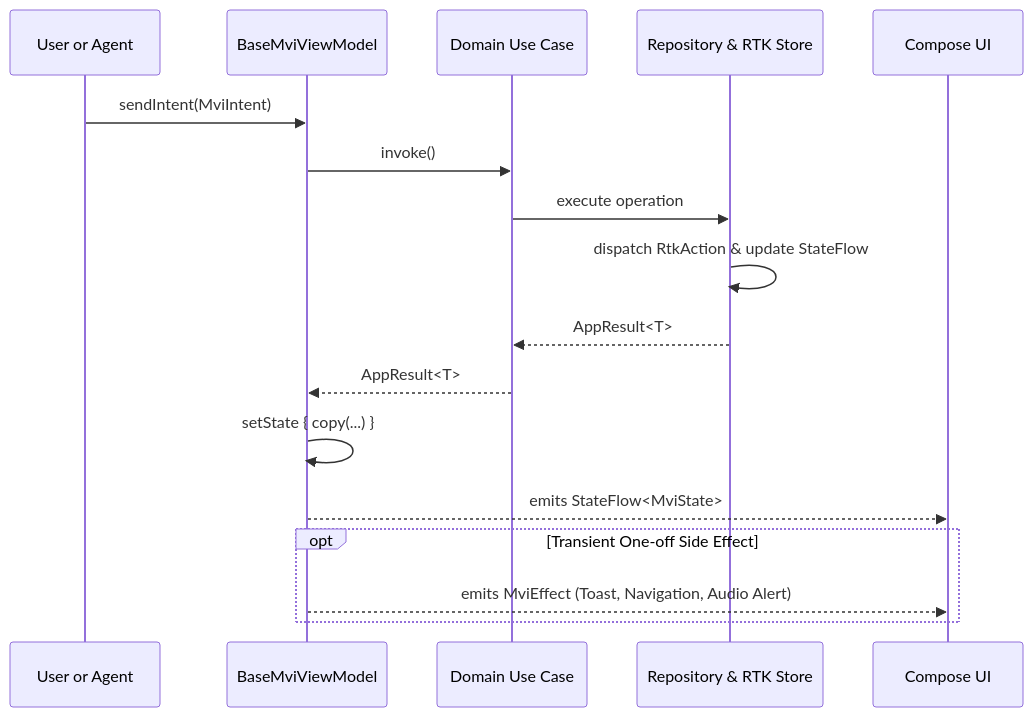
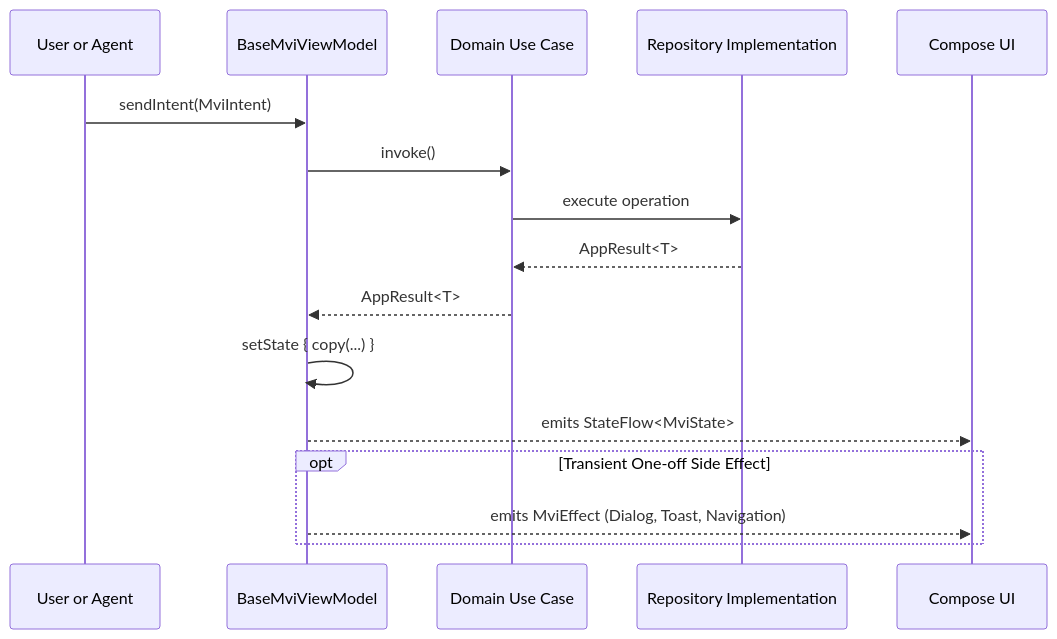
Before and after one commit to miladhashemzadeh/TTSAIController: the second of 2 diagrams in README.md, drawn with Mermaid. The commit also changed other lines of this file and 61 other files, not shown here.

Commit message:
feat: implement clean architecture, MVI with state hoisting, touch automation, STT AI stubs, and 100% test coverage

````diff
--- a/README.md
+++ b/README.md
@@ -71,20 +70,19 @@
 ```mermaid
 sequenceDiagram
-    participant UserOrAgent as User or Agent
+    participant User as User or Agent
     participant ViewModel as BaseMviViewModel
     participant UseCase as Domain Use Case
-    participant Repository as Repository & RTK Store
+    participant Repository as Repository Implementation
     participant UI as Compose UI
 
-    UserOrAgent->>ViewModel: sendIntent(MviIntent)
+    User->>ViewModel: sendIntent(MviIntent)
     ViewModel->>UseCase: invoke()
     UseCase->>Repository: execute operation
-    Repository->>Repository: dispatch RtkAction & update StateFlow
     Repository-->>UseCase: AppResult<T>
     UseCase-->>ViewModel: AppResult<T>
     ViewModel->>ViewModel: setState { copy(...) }
     ViewModel-->>UI: emits StateFlow<MviState>
     opt Transient One-off Side Effect
-        ViewModel-->>UI: emits MviEffect (Toast, Navigation, Audio Alert)
+        ViewModel-->>UI: emits MviEffect (Dialog, Toast, Navigation)
     end
 ```
````
